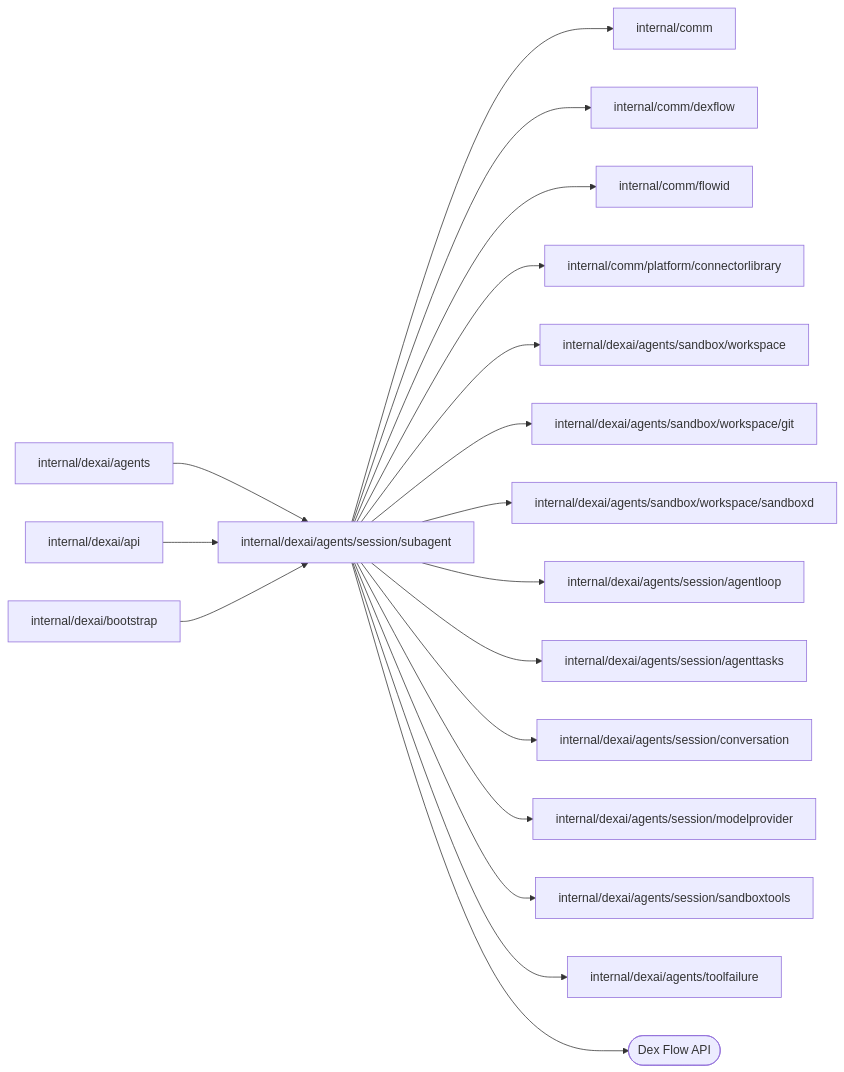
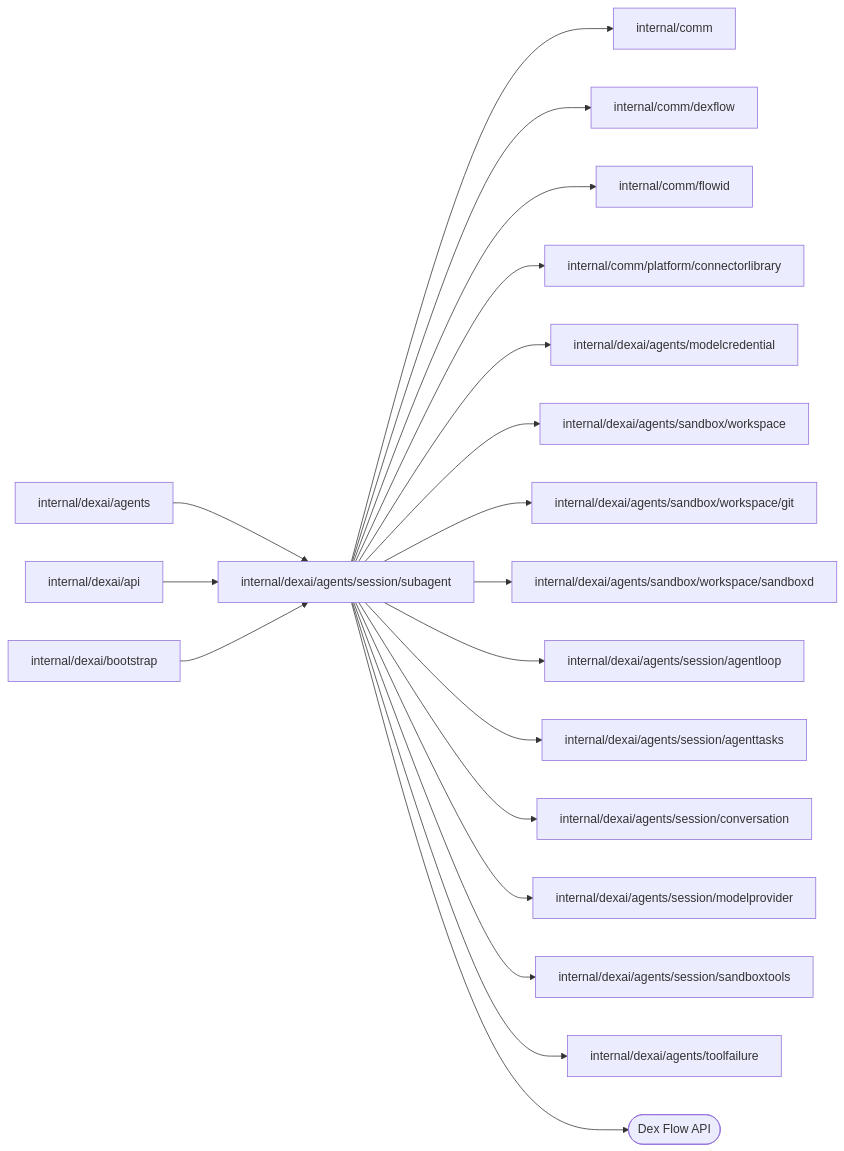
One commit to superdurable/superverse changed the diagram in internal/dexai/agents/session/subagent/README.md. Above: the diagram before and after it, drawn with Mermaid. The commit also changed other lines of this file and 112 other files, not shown here.

````diff
--- a/internal/dexai/agents/session/subagent/README.md
+++ b/internal/dexai/agents/session/subagent/README.md
@@ -10,21 +10,22 @@
 ```mermaid
 flowchart LR
   self["internal/dexai/agents/session/subagent"]
   c0["internal/dexai/agents"] --> self
   c1["internal/dexai/api"] --> self
   c2["internal/dexai/bootstrap"] --> self
   self --> d0["internal/comm"]
   self --> d1["internal/comm/dexflow"]
   self --> d2["internal/comm/flowid"]
   self --> d3["internal/comm/platform/connectorlibrary"]
-  self --> d4["internal/dexai/agents/sandbox/workspace"]
-  self --> d5["internal/dexai/agents/sandbox/workspace/git"]
-  self --> d6["internal/dexai/agents/sandbox/workspace/sandboxd"]
-  self --> d7["internal/dexai/agents/session/agentloop"]
-  self --> d8["internal/dexai/agents/session/agenttasks"]
-  self --> d9["internal/dexai/agents/session/conversation"]
-  self --> d10["internal/dexai/agents/session/modelprovider"]
-  self --> d11["internal/dexai/agents/session/sandboxtools"]
-  self --> d12["internal/dexai/agents/toolfailure"]
+  self --> d4["internal/dexai/agents/modelcredential"]
+  self --> d5["internal/dexai/agents/sandbox/workspace"]
+  self --> d6["internal/dexai/agents/sandbox/workspace/git"]
+  self --> d7["internal/dexai/agents/sandbox/workspace/sandboxd"]
+  self --> d8["internal/dexai/agents/session/agentloop"]
+  self --> d9["internal/dexai/agents/session/agenttasks"]
+  self --> d10["internal/dexai/agents/session/conversation"]
+  self --> d11["internal/dexai/agents/session/modelprovider"]
+  self --> d12["internal/dexai/agents/session/sandboxtools"]
+  self --> d13["internal/dexai/agents/toolfailure"]
   self --> e0(["Dex Flow API"])
 ```
````
